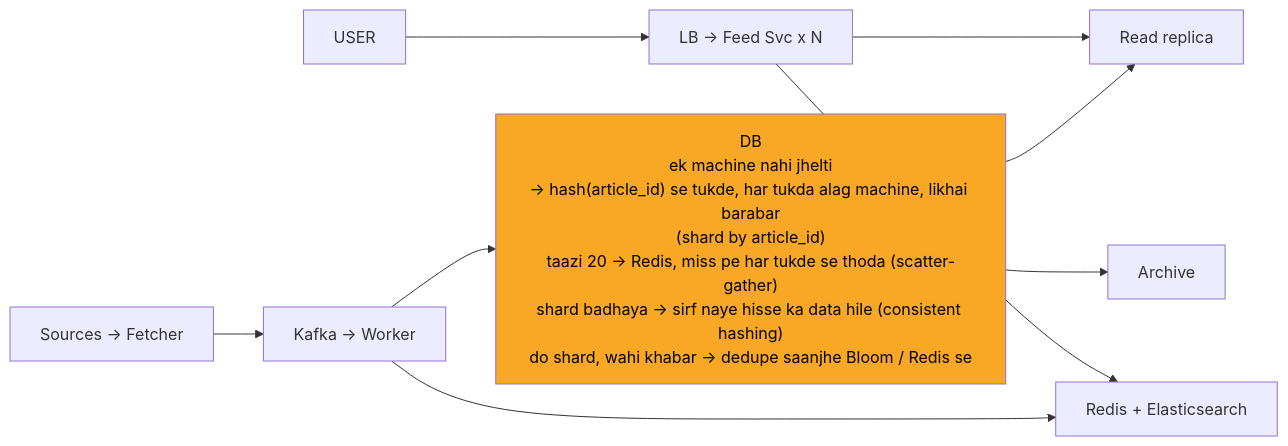
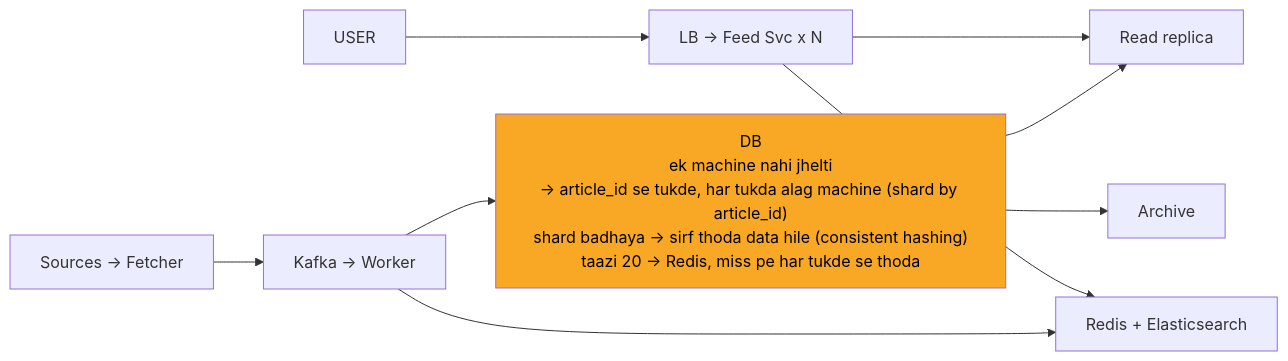
Before and after one commit to ArpanMaheshwari144/Prep: the diagram in 04_HLD/SYSTEM_DESIGNS/08_news_aggregator/img/c9.mmd, drawn with Mermaid. The commit also changed 39 other files, not shown here.

```diff
--- a/04_HLD/SYSTEM_DESIGNS/08_news_aggregator/img/c9.mmd
+++ b/04_HLD/SYSTEM_DESIGNS/08_news_aggregator/img/c9.mmd
@@ -1,19 +1,19 @@
 %%{init: {"flowchart": {"wrappingWidth": 450}}}%%
 flowchart LR
     n_USER["USER"]
     n_LF["LB -> Feed Svc x N"]
     n_RES["Redis + Elasticsearch"]
     n_Read_replica["Read replica"]
-    n_DB["DB<br/>ek machine nahi jhelti<br/>-> hash(article_id) se tukde, har tukda alag machine, likhai barabar<br/>(shard by article_id)<br/>taazi 20 -> Redis, miss pe har tukde se thoda (scatter-gather)<br/>shard badhaya -> sirf naye hisse ka data hile (consistent hashing)<br/>do shard, wahi khabar -> dedupe saanjhe Bloom / Redis se"]
+    n_DB["DB<br/>ek machine nahi jhelti<br/>-> article_id se tukde, har tukda alag machine (shard by article_id)<br/>shard badhaya -> sirf thoda data hile (consistent hashing)<br/>taazi 20 -> Redis, miss pe har tukde se thoda"]
     n_Archive["Archive"]
     n_KW["Kafka -> Worker"]
     n_SF["Sources -> Fetcher"]
     n_USER --> n_LF
     n_LF --> n_RES
     n_LF --> n_Read_replica
     n_DB --> n_Read_replica
     n_DB --> n_Archive
     n_KW --> n_DB
     n_KW --> n_RES
     n_SF --> n_KW
     style n_DB fill:#f9a825,color:#000
```
